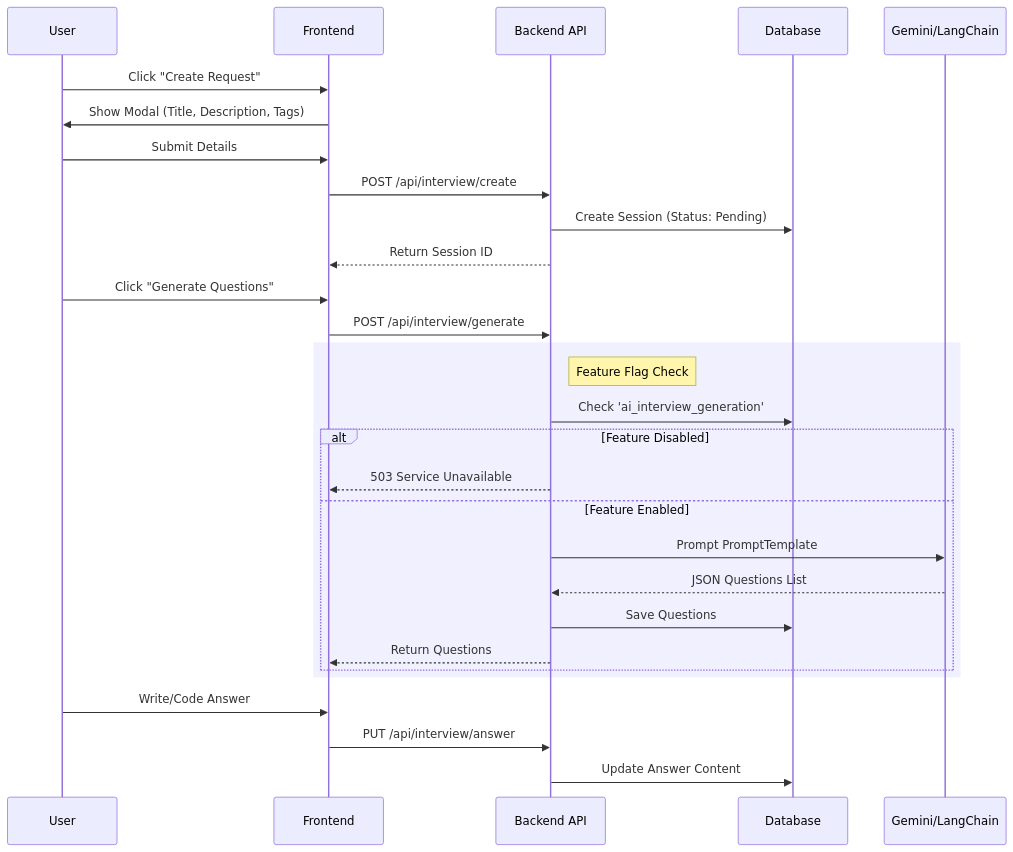
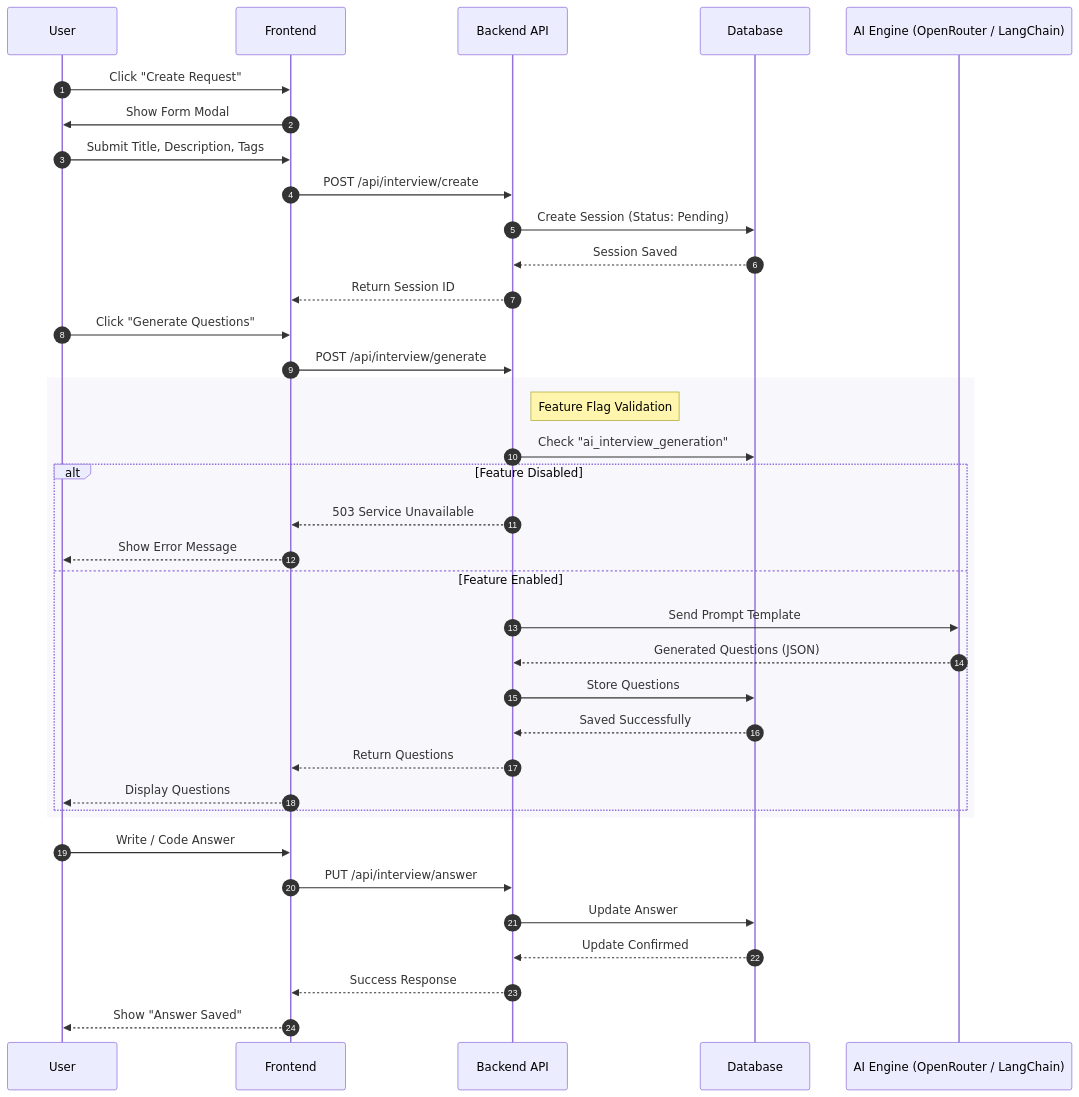
The second of 6 diagrams in WORKFLOW_NOTEBOOK.md (nirdeshbhesaniya/InterviewAI2.0), drawn with Mermaid before and after one commit. The commit also changed other lines of this file, not shown here.

Commit message:
Make more visible diagram

````diff
--- a/WORKFLOW_NOTEBOOK.md
+++ b/WORKFLOW_NOTEBOOK.md
@@ -81,35 +81,67 @@
 ```mermaid
 sequenceDiagram
+    autonumber
+
     participant U as User
     participant FE as Frontend
     participant API as Backend API
     participant DB as Database
-    participant AI as Gemini/LangChain
-    
-    U->>FE: Click "Create Request"
-    FE->>U: Show Modal (Title, Description, Tags)
-    U->>FE: Submit Details
-    FE->>API: POST /api/interview/create
-    API->>DB: Create Session (Status: Pending)
-    API-->>FE: Return Session ID
-    
-    U->>FE: Click "Generate Questions"
-    FE->>API: POST /api/interview/generate
-    
-    rect rgb(240, 240, 255)
-        Note right of API: Feature Flag Check
-        API->>DB: Check 'ai_interview_generation'
+    participant AI as AI Engine (OpenRouter / LangChain)
+
+    %% ========================
+    %% Create Interview Request
+    %% ========================
+
+    U ->> FE: Click "Create Request"
+    FE ->> U: Show Form Modal
+    U ->> FE: Submit Title, Description, Tags
+
+    FE ->> API: POST /api/interview/create
+    API ->> DB: Create Session (Status: Pending)
+    DB -->> API: Session Saved
+    API -->> FE: Return Session ID
+
+
+    %% ========================
+    %% Generate Questions
+    %% ========================
+
+    U ->> FE: Click "Generate Questions"
+    FE ->> API: POST /api/interview/generate
+
+
+    rect rgb(248,248,252)
+        Note right of API: Feature Flag Validation
+
+        API ->> DB: Check "ai_interview_generation"
+
         alt Feature Disabled
-            API-->>FE: 503 Service Unavailable
+            API -->> FE: 503 Service Unavailable
+            FE -->> U: Show Error Message
+
         else Feature Enabled
-            API->>AI: Prompt PromptTemplate
-            AI-->>API: JSON Questions List
-            API->>DB: Save Questions
-            API-->>FE: Return Questions
+            API ->> AI: Send Prompt Template
+            AI -->> API: Generated Questions (JSON)
+
+            API ->> DB: Store Questions
+            DB -->> API: Saved Successfully
+
+            API -->> FE: Return Questions
+            FE -->> U: Display Questions
         end
     end
 
-    U->>FE: Write/Code Answer
-    FE->>API: PUT /api/interview/answer
-    API->>DB: Update Answer Content
+
+    %% ========================
+    %% Submit Answers
+    %% ========================
+
+    U ->> FE: Write / Code Answer
+    FE ->> API: PUT /api/interview/answer
+
+    API ->> DB: Update Answer
+    DB -->> API: Update Confirmed
+
+    API -->> FE: Success Response
+    FE -->> U: Show "Answer Saved"
 ```
````
